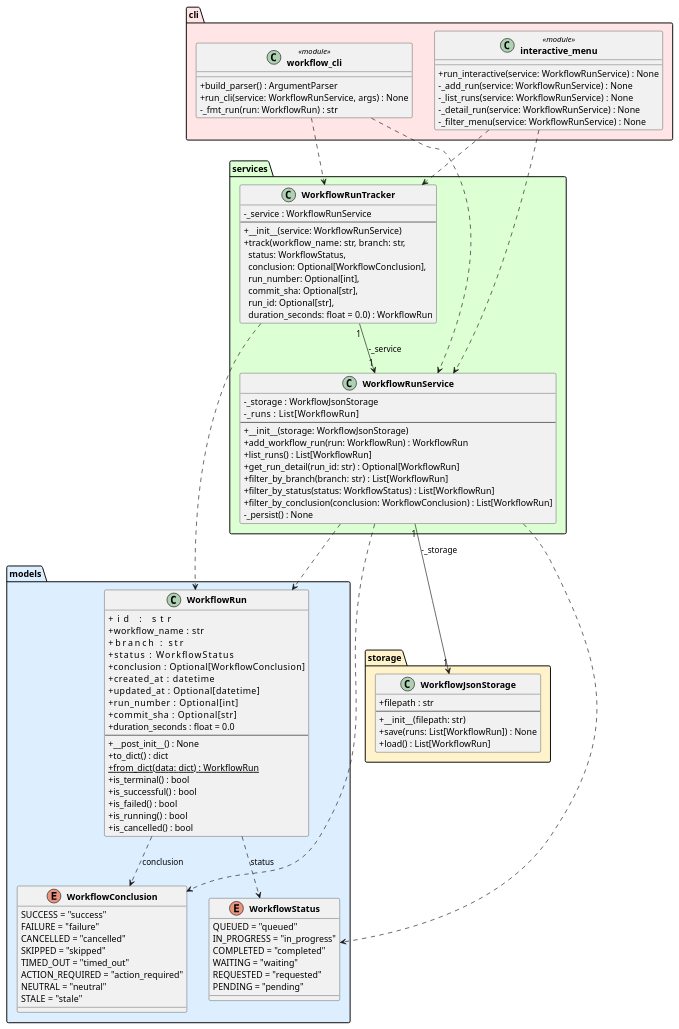
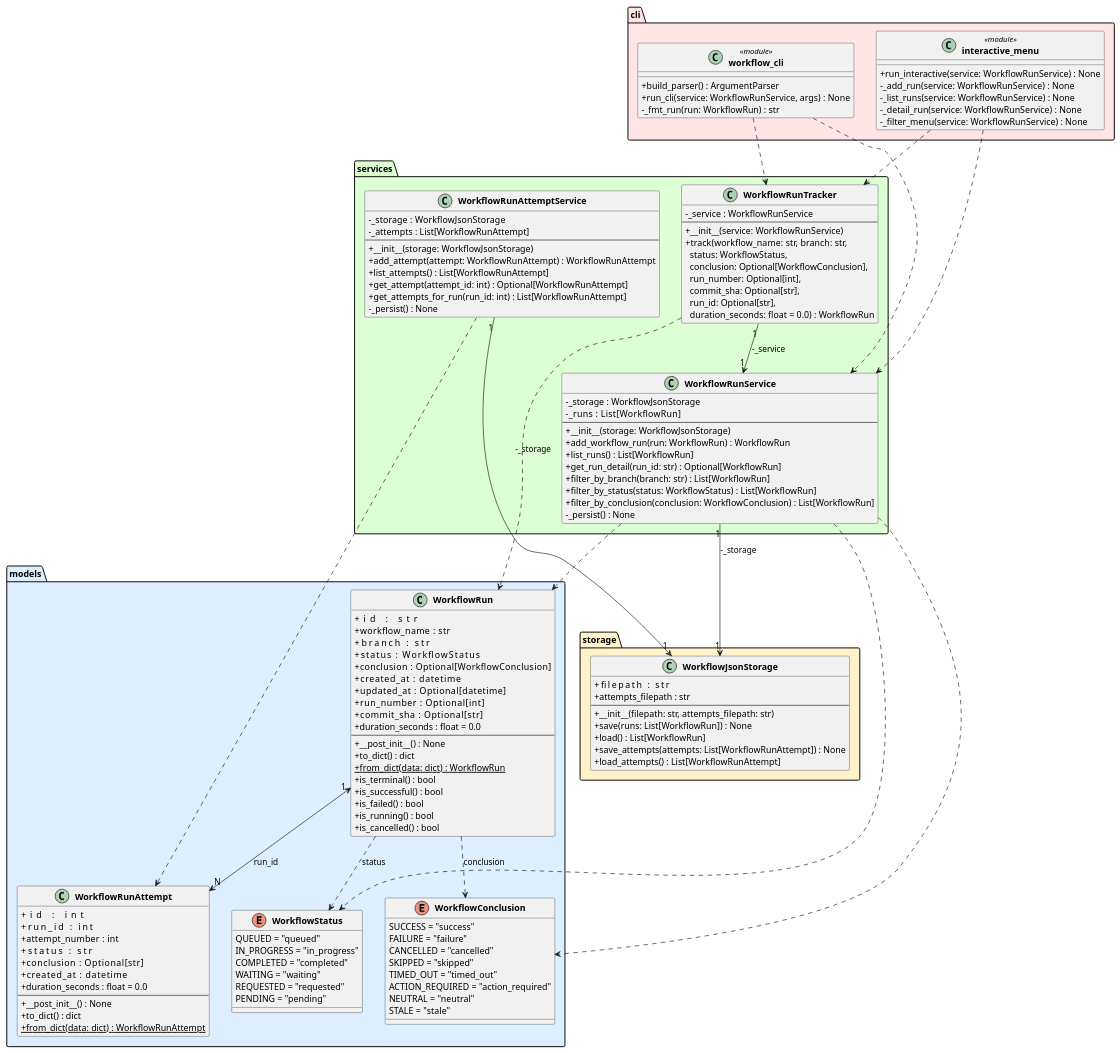
The diagram in experiments/pipeline/user_stories/github-workflow-manager/artifacts/class_diagram.puml (DanielRiha8906/Software_autoevolution_using_agents), drawn with PlantUML before and after one commit. The commit also changed 11 other files, not shown here.

```diff
--- a/experiments/pipeline/user_stories/github-workflow-manager/artifacts/class_diagram.puml
+++ b/experiments/pipeline/user_stories/github-workflow-manager/artifacts/class_diagram.puml
@@ -1,112 +1,144 @@
 @startuml class_diagram
 
 skinparam classAttributeIconSize 0
 skinparam classFontStyle bold
 
 package "models" #DDEEFF {
     enum WorkflowStatus {
         QUEUED = "queued"
         IN_PROGRESS = "in_progress"
         COMPLETED = "completed"
         WAITING = "waiting"
         REQUESTED = "requested"
         PENDING = "pending"
     }
 
     enum WorkflowConclusion {
         SUCCESS = "success"
         FAILURE = "failure"
         CANCELLED = "cancelled"
         SKIPPED = "skipped"
         TIMED_OUT = "timed_out"
         ACTION_REQUIRED = "action_required"
         NEUTRAL = "neutral"
         STALE = "stale"
     }
 
     class WorkflowRun {
         +id               : str
         +workflow_name    : str
         +branch           : str
         +status           : WorkflowStatus
         +conclusion       : Optional[WorkflowConclusion]
         +created_at       : datetime
         +updated_at       : Optional[datetime]
         +run_number       : Optional[int]
         +commit_sha       : Optional[str]
         +duration_seconds : float = 0.0
         --
         +__post_init__() : None
         +to_dict() : dict
         +{static} from_dict(data: dict) : WorkflowRun
         +is_terminal() : bool
         +is_successful() : bool
         +is_failed() : bool
         +is_running() : bool
         +is_cancelled() : bool
     }
+
+    class WorkflowRunAttempt {
+        +id               : int
+        +run_id           : int
+        +attempt_number   : int
+        +status           : str
+        +conclusion       : Optional[str]
+        +created_at       : datetime
+        +duration_seconds : float = 0.0
+        --
+        +__post_init__() : None
+        +to_dict() : dict
+        +{static} from_dict(data: dict) : WorkflowRunAttempt
+    }
 }
 
 package "storage" #FFF3CC {
     class WorkflowJsonStorage {
-        +filepath : str
+        +filepath          : str
+        +attempts_filepath : str
         --
-        +__init__(filepath: str)
+        +__init__(filepath: str, attempts_filepath: str)
         +save(runs: List[WorkflowRun]) : None
         +load() : List[WorkflowRun]
+        +save_attempts(attempts: List[WorkflowRunAttempt]) : None
+        +load_attempts() : List[WorkflowRunAttempt]
     }
 }
 
 package "services" #DDFFD4 {
     class WorkflowRunService {
         -_storage : WorkflowJsonStorage
         -_runs    : List[WorkflowRun]
         --
         +__init__(storage: WorkflowJsonStorage)
         +add_workflow_run(run: WorkflowRun) : WorkflowRun
         +list_runs() : List[WorkflowRun]
         +get_run_detail(run_id: str) : Optional[WorkflowRun]
         +filter_by_branch(branch: str) : List[WorkflowRun]
         +filter_by_status(status: WorkflowStatus) : List[WorkflowRun]
         +filter_by_conclusion(conclusion: WorkflowConclusion) : List[WorkflowRun]
+        -_persist() : None
+    }
+
+    class WorkflowRunAttemptService {
+        -_storage  : WorkflowJsonStorage
+        -_attempts : List[WorkflowRunAttempt]
+        --
+        +__init__(storage: WorkflowJsonStorage)
+        +add_attempt(attempt: WorkflowRunAttempt) : WorkflowRunAttempt
+        +list_attempts() : List[WorkflowRunAttempt]
+        +get_attempt(attempt_id: int) : Optional[WorkflowRunAttempt]
+        +get_attempts_for_run(run_id: int) : List[WorkflowRunAttempt]
         -_persist() : None
     }
 
     class WorkflowRunTracker {
         -_service : WorkflowRunService
         --
         +__init__(service: WorkflowRunService)
         +track(workflow_name: str, branch: str,\n  status: WorkflowStatus,\n  conclusion: Optional[WorkflowConclusion],\n  run_number: Optional[int],\n  commit_sha: Optional[str],\n  run_id: Optional[str],\n  duration_seconds: float = 0.0) : WorkflowRun
     }
 }
 
 package "cli" #FFE5E5 {
     class "workflow_cli" <<module>> {
         +build_parser() : ArgumentParser
         +run_cli(service: WorkflowRunService, args) : None
         -_fmt_run(run: WorkflowRun) : str
     }
 
     class "interactive_menu" <<module>> {
         +run_interactive(service: WorkflowRunService) : None
         -_add_run(service: WorkflowRunService) : None
         -_list_runs(service: WorkflowRunService) : None
         -_detail_run(service: WorkflowRunService) : None
         -_filter_menu(service: WorkflowRunService) : None
     }
 }
 
-WorkflowRun                ..>  WorkflowStatus        : status
-WorkflowRun                ..>  WorkflowConclusion    : conclusion
-WorkflowRunService    "1" --> "1" WorkflowJsonStorage : -_storage
-WorkflowRunService         ..>  WorkflowRun
-WorkflowRunService         ..>  WorkflowStatus
-WorkflowRunService         ..>  WorkflowConclusion
-WorkflowRunTracker    "1" --> "1" WorkflowRunService  : -_service
-WorkflowRunTracker         ..>  WorkflowRun
-"workflow_cli"             ..>  WorkflowRunService
-"workflow_cli"             ..>  WorkflowRunTracker
-"interactive_menu"         ..>  WorkflowRunService
-"interactive_menu"         ..>  WorkflowRunTracker
+WorkflowRun                   ..>  WorkflowStatus        : status
+WorkflowRun                   ..>  WorkflowConclusion    : conclusion
+WorkflowRun         "1" <--> "N" WorkflowRunAttempt     : run_id
+WorkflowRunService      "1" --> "1" WorkflowJsonStorage : -_storage
+WorkflowRunService           ..>  WorkflowRun
+WorkflowRunService           ..>  WorkflowStatus
+WorkflowRunService           ..>  WorkflowConclusion
+WorkflowRunAttemptService    "1" --> "1" WorkflowJsonStorage : -_storage
+WorkflowRunAttemptService         ..>  WorkflowRunAttempt
+WorkflowRunTracker      "1" --> "1" WorkflowRunService  : -_service
+WorkflowRunTracker           ..>  WorkflowRun
+"workflow_cli"               ..>  WorkflowRunService
+"workflow_cli"               ..>  WorkflowRunTracker
+"interactive_menu"           ..>  WorkflowRunService
+"interactive_menu"           ..>  WorkflowRunTracker
 
 @enduml
```
